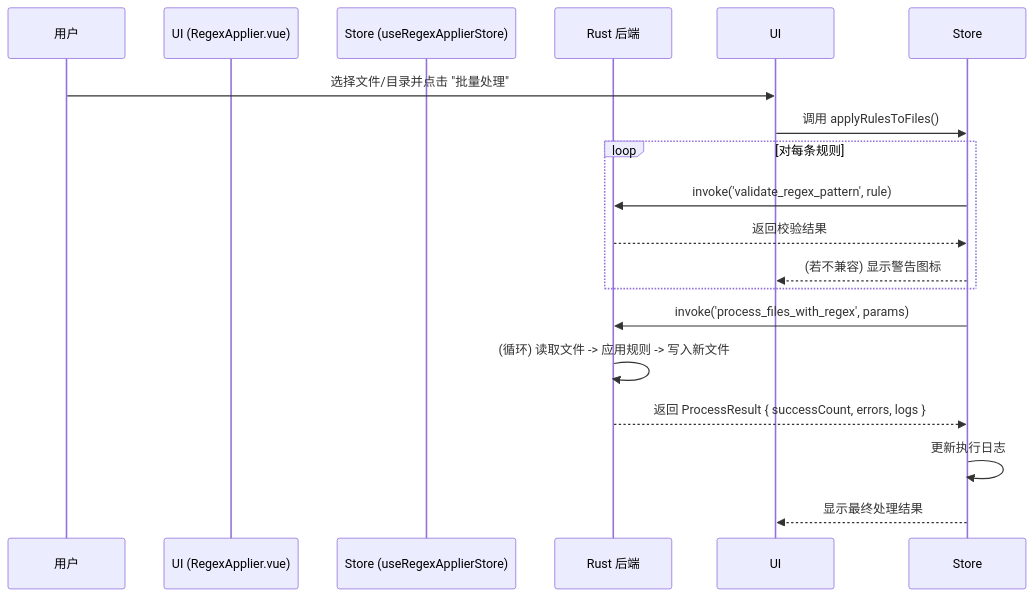
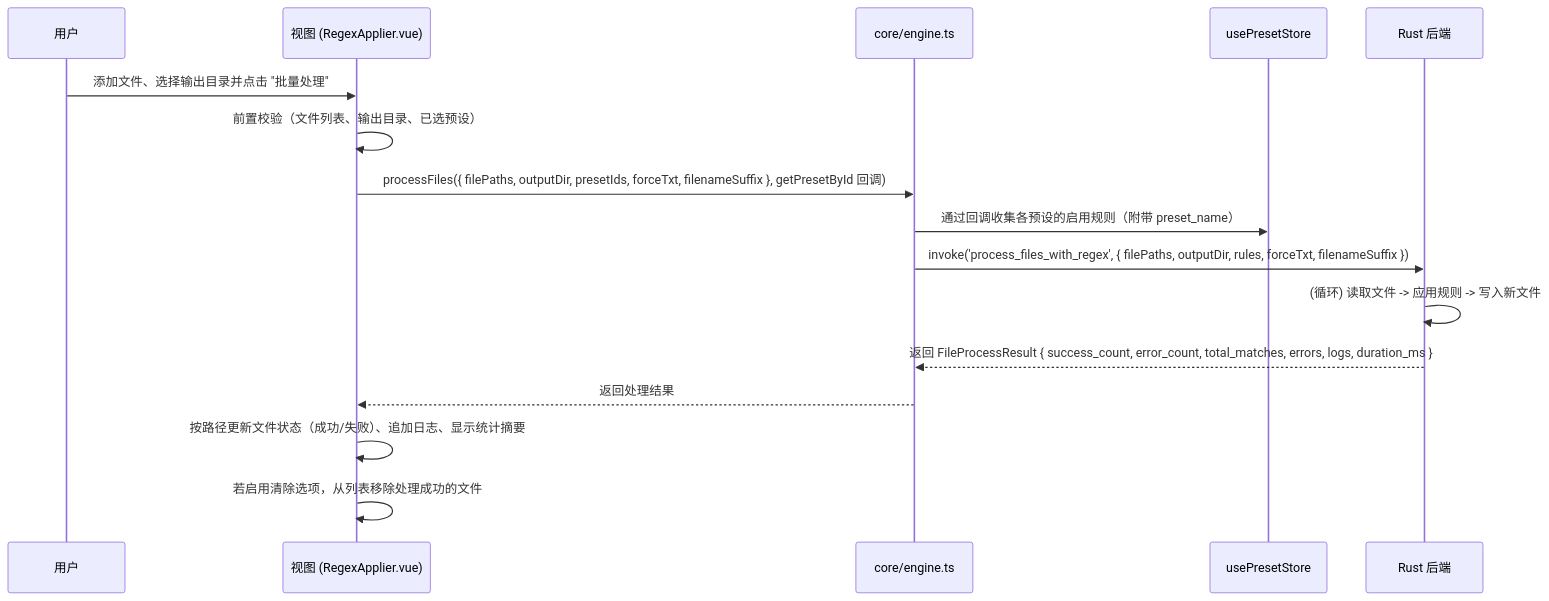
The second of 2 diagrams in src/tools/regex-applier/ARCHITECTURE.md (miaotouy/aio-hub), drawn with Mermaid before and after one commit. The commit also changed other lines of this file and 28 other files, not shown here.

````diff
--- a/src/tools/regex-applier/ARCHITECTURE.md
+++ b/src/tools/regex-applier/ARCHITECTURE.md
@@ -63,22 +69,19 @@
 ```mermaid
 sequenceDiagram
     participant User as 用户
-    participant UI (RegexApplier.vue)
-    participant Store (useRegexApplierStore)
+    participant View as 视图 (RegexApplier.vue)
+    participant Engine as core/engine.ts
+    participant Store as usePresetStore
     participant Rust as Rust 后端
 
-    User->>UI: 选择文件/目录并点击 "批量处理"
-    UI->>Store: 调用 applyRulesToFiles()
-
-    loop 对每条规则
-        Store->>Rust: invoke('validate_regex_pattern', rule)
-        Rust-->>Store: 返回校验结果
-        Store-->>UI: (若不兼容) 显示警告图标
-    end
-
-    Store->>Rust: invoke('process_files_with_regex', params)
+    User->>View: 添加文件、选择输出目录并点击 "批量处理"
+    View->>View: 前置校验（文件列表、输出目录、已选预设）
+    View->>Engine: processFiles({ filePaths, outputDir, presetIds, forceTxt, filenameSuffix }, getPresetById 回调)
+    Engine->>Store: 通过回调收集各预设的启用规则（附带 preset_name）
+    Engine->>Rust: invoke('process_files_with_regex', { filePaths, outputDir, rules, forceTxt, filenameSuffix })
     Rust->>Rust: (循环) 读取文件 -> 应用规则 -> 写入新文件
-    Rust-->>Store: 返回 ProcessResult { successCount, errors, logs }
-    Store->>Store: 更新执行日志
-    Store-->>UI: 显示最终处理结果
+    Rust-->>Engine: 返回 FileProcessResult { success_count, error_count, total_matches, errors, logs, duration_ms }
+    Engine-->>View: 返回处理结果
+    View->>View: 按路径更新文件状态（成功/失败）、追加日志、显示统计摘要
+    View->>View: 若启用清除选项，从列表移除处理成功的文件
 ```
````
